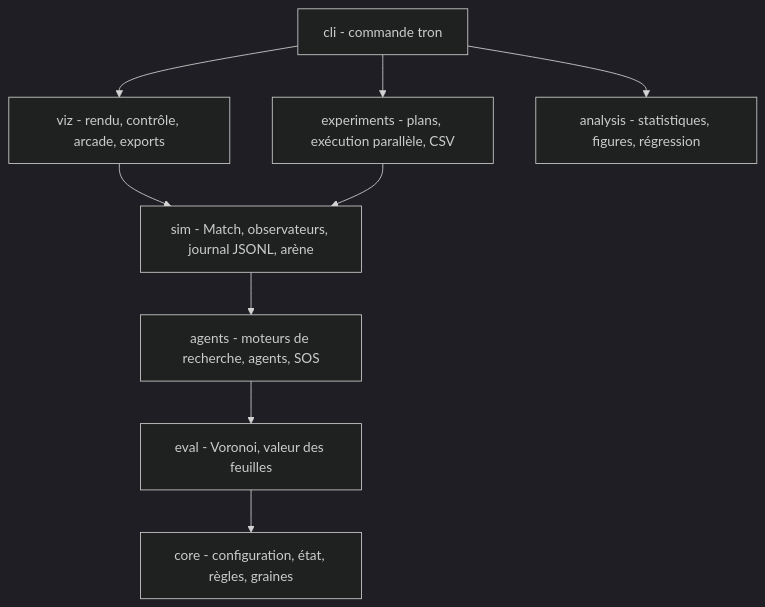
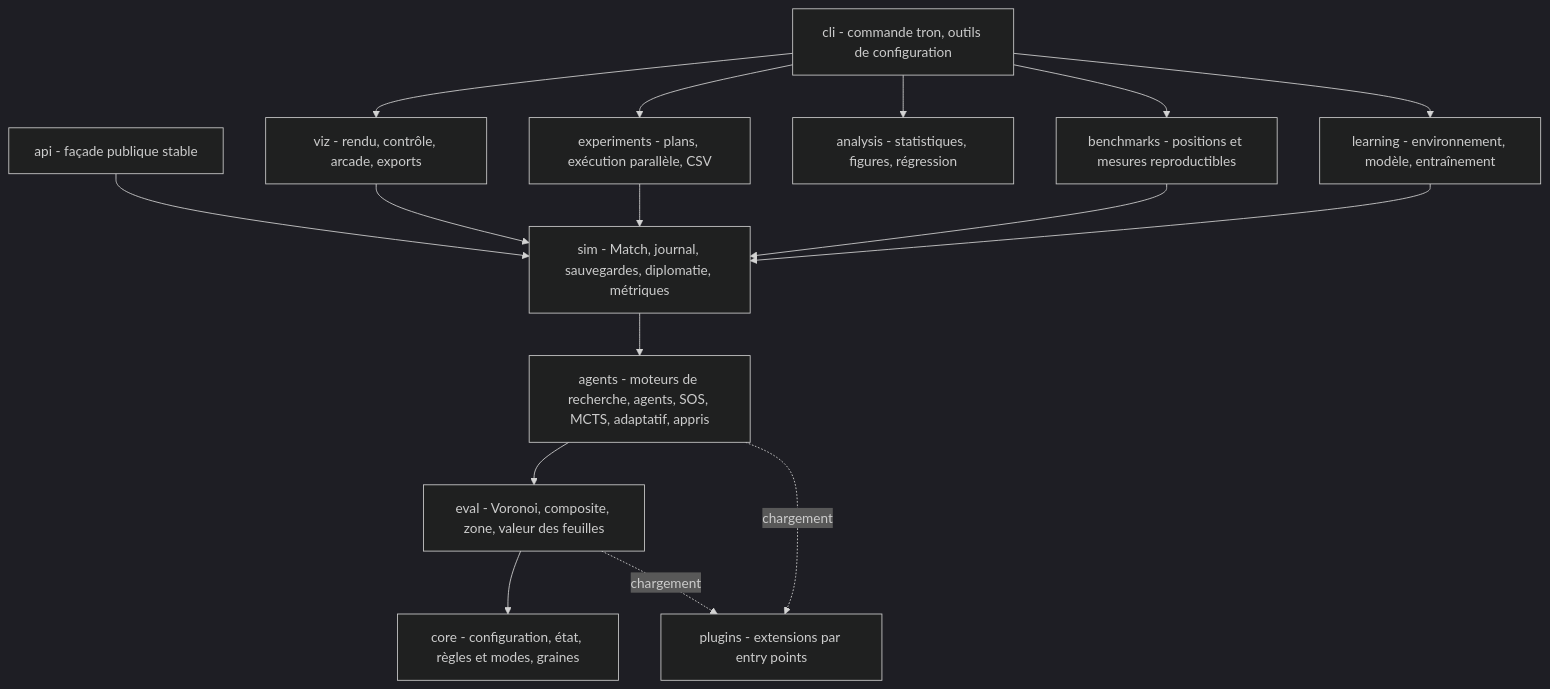
One commit to senechalmatisse/coloration-tron-multi-players-and-coalitions changed the first of 2 diagrams in docs/architecture.md. Above: the diagram before and after it, drawn with Mermaid (dark theme). The commit also changed other lines of this file and 7 other files, not shown here.

First line of the commit message:
feat(cli): add config validate/show/template, agents and heuristics lists (P15)

````diff
--- a/docs/architecture.md
+++ b/docs/architecture.md
@@ -7,15 +7,24 @@
 ```mermaid
 flowchart TD
-    cli["cli - commande tron"]
+    cli["cli - commande tron, outils de configuration"]
+    api["api - façade publique stable"]
     viz["viz - rendu, contrôle, arcade, exports"]
     exp["experiments - plans, exécution parallèle, CSV"]
     ana["analysis - statistiques, figures, régression"]
-    sim["sim - Match, observateurs, journal JSONL, arène"]
-    agents["agents - moteurs de recherche, agents, SOS"]
-    eval["eval - Voronoi, valeur des feuilles"]
-    core["core - configuration, état, règles, graines"]
-    cli --> viz & exp & ana
+    bench["benchmarks - positions et mesures reproductibles"]
+    learn["learning - environnement, modèle, entraînement"]
+    sim["sim - Match, journal, sauvegardes, diplomatie, métriques"]
+    agents["agents - moteurs de recherche, agents, SOS, MCTS, adaptatif, appris"]
+    eval["eval - Voronoi, composite, zone, valeur des feuilles"]
+    core["core - configuration, état, règles et modes, graines"]
+    plugins["plugins - extensions par entry points"]
+    cli --> viz & exp & ana & bench & learn
+    api --> sim
     viz --> sim
     exp --> sim
+    bench --> sim
+    learn --> sim
     sim --> agents --> eval --> core
+    agents -. chargement .-> plugins
+    eval -. chargement .-> plugins
 ```
````
